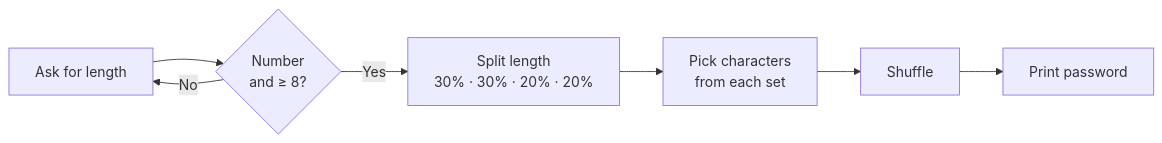
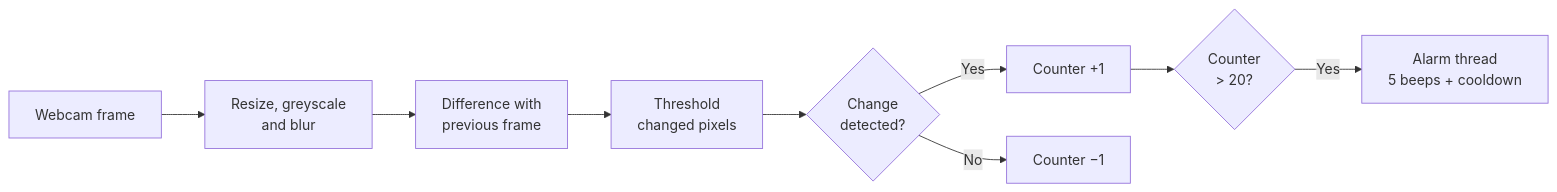
The diagram in README.md (JRBaiao/Motion-Detection-System-), drawn with Mermaid before and after one commit. The commit also changed other lines of this file, not shown here.

First line of the commit message:
Revise README for Motion Detection Alarm project

````diff
--- a/README.md
+++ b/README.md
@@ -13,9 +13,11 @@
 ```mermaid
 flowchart LR
-    A[Ask for length] --> B{Number<br/>and ≥ 8?}
-    B -- No --> A
-    B -- Yes --> C[Split length<br/>30% · 30% · 20% · 20%]
-    C --> D[Pick characters<br/>from each set]
-    D --> E[Shuffle]
-    E --> F[Print password]
+    A[Webcam frame] --> B[Resize, greyscale<br/>and blur]
+    B --> C[Difference with<br/>previous frame]
+    C --> D[Threshold<br/>changed pixels]
+    D --> E{Change<br/>detected?}
+    E -- Yes --> F[Counter +1]
+    E -- No --> G[Counter −1]
+    F --> H{Counter<br/>> 20?}
+    H -- Yes --> I[Alarm thread<br/>5 beeps + cooldown]
 ```
````
